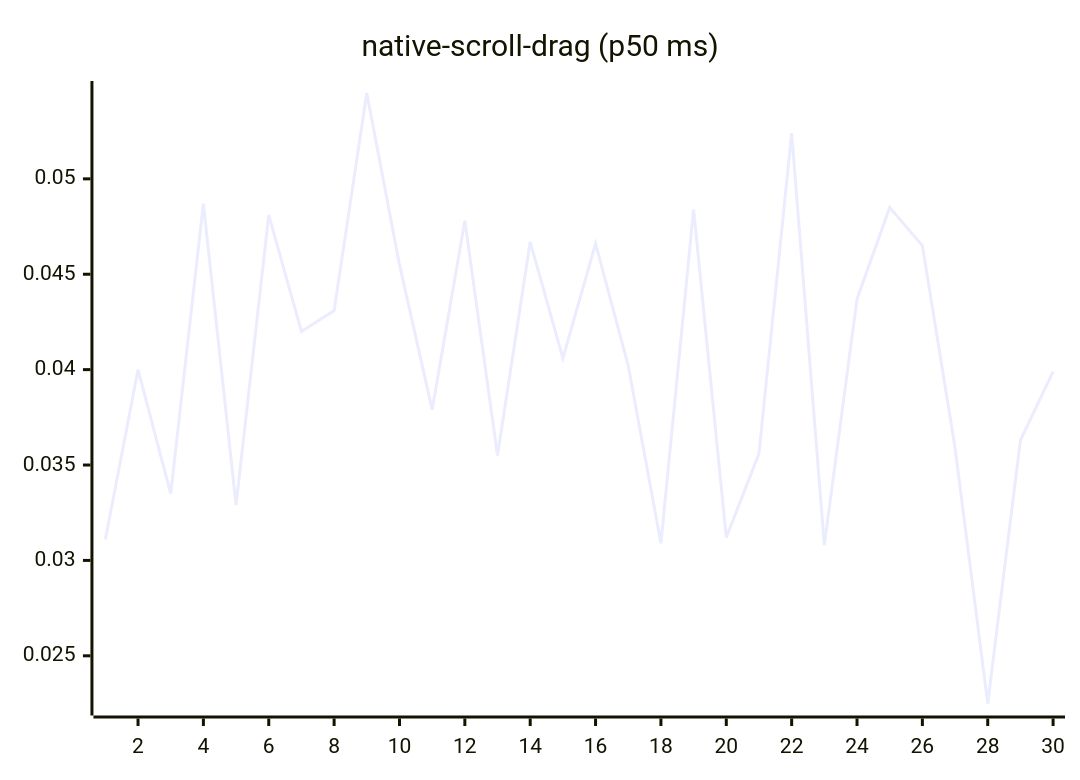
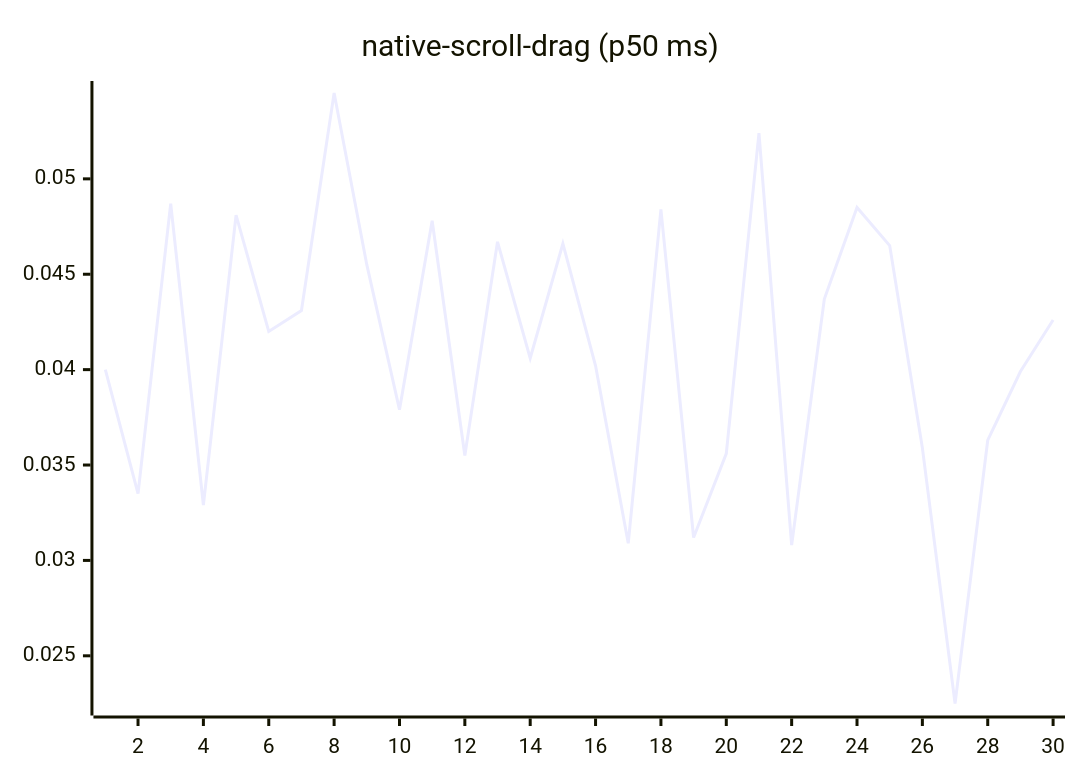
One commit to josha/Facet changed diagram 14 of 27 in README.md. Above: the diagram before and after it, drawn with Mermaid. The commit also changed other lines of this file and 2 other files, not shown here.

````diff
--- a/README.md
+++ b/README.md
@@ -154,6 +154,6 @@
 ```mermaid
 xychart-beta
     title "native-scroll-drag (p50 ms)"
     x-axis 1 --> 30
-    line [0.0311, 0.0400, 0.0335, 0.0487, 0.0329, 0.0481, 0.0420, 0.0431, 0.0545, 0.0455, 0.0379, 0.0478, 0.0355, 0.0467, 0.0406, 0.0466, 0.0402, 0.0309, 0.0484, 0.0312, 0.0356, 0.0524, 0.0308, 0.0437, 0.0485, 0.0465, 0.0359, 0.0225, 0.0363, 0.0399]
+    line [0.0400, 0.0335, 0.0487, 0.0329, 0.0481, 0.0420, 0.0431, 0.0545, 0.0455, 0.0379, 0.0478, 0.0355, 0.0467, 0.0406, 0.0466, 0.0402, 0.0309, 0.0484, 0.0312, 0.0356, 0.0524, 0.0308, 0.0437, 0.0485, 0.0465, 0.0359, 0.0225, 0.0363, 0.0399, 0.0426]
 ```
````
